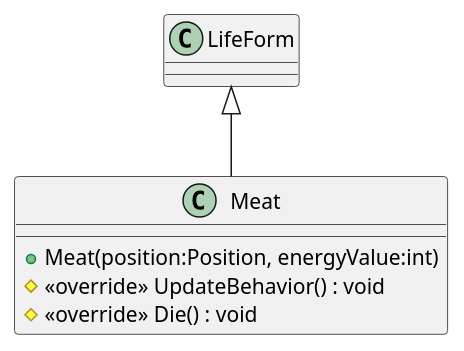
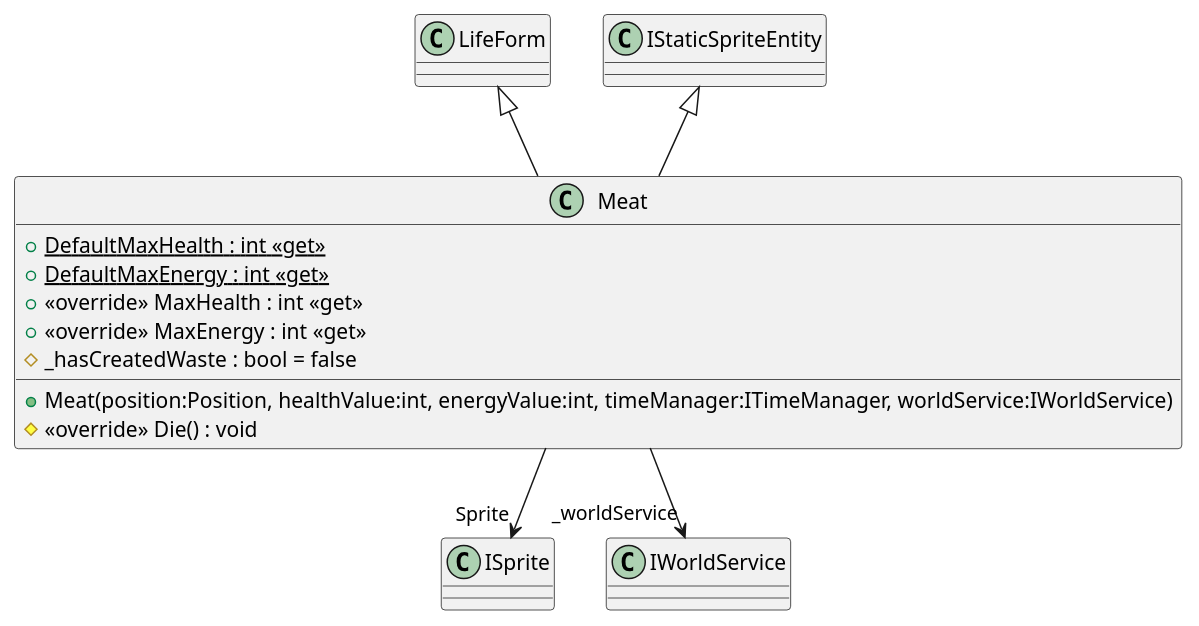
Before and after one commit to I42I/ecosystem: the diagram in plantuml/Models/Entities/Environment/Meat.puml, drawn with PlantUML. The commit also changed 65 other files, not shown here.

```diff
--- a/plantuml/Models/Entities/Environment/Meat.puml
+++ b/plantuml/Models/Entities/Environment/Meat.puml
@@ -1,8 +1,15 @@
 @startuml
 class Meat {
-    + Meat(position:Position, energyValue:int)
-    # <<override>> UpdateBehavior() : void
+    + {static} DefaultMaxHealth : int <<get>>
+    + {static} DefaultMaxEnergy : int <<get>>
+    + <<override>> MaxHealth : int <<get>>
+    + <<override>> MaxEnergy : int <<get>>
+    # _hasCreatedWaste : bool = false
+    + Meat(position:Position, healthValue:int, energyValue:int, timeManager:ITimeManager, worldService:IWorldService)
     # <<override>> Die() : void
 }
 LifeForm <|-- Meat
+IStaticSpriteEntity <|-- Meat
+Meat --> "Sprite" ISprite
+Meat --> "_worldService" IWorldService
 @enduml
```
